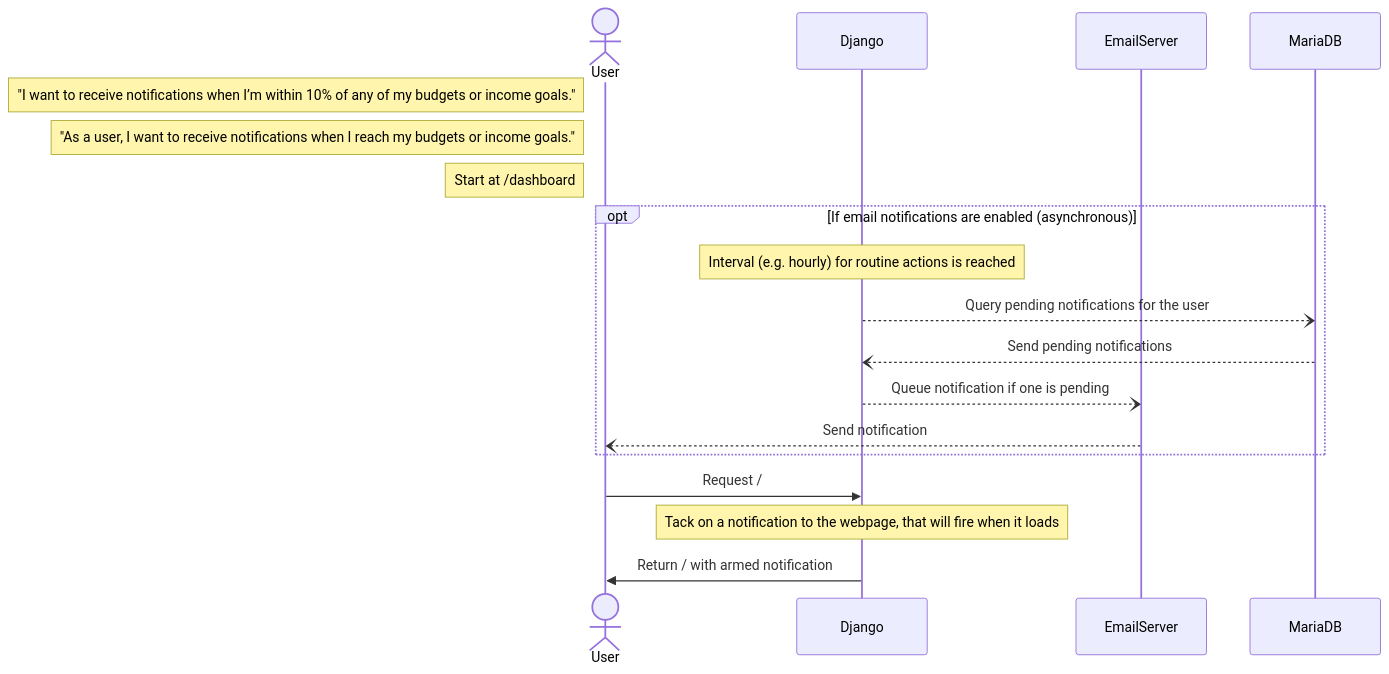
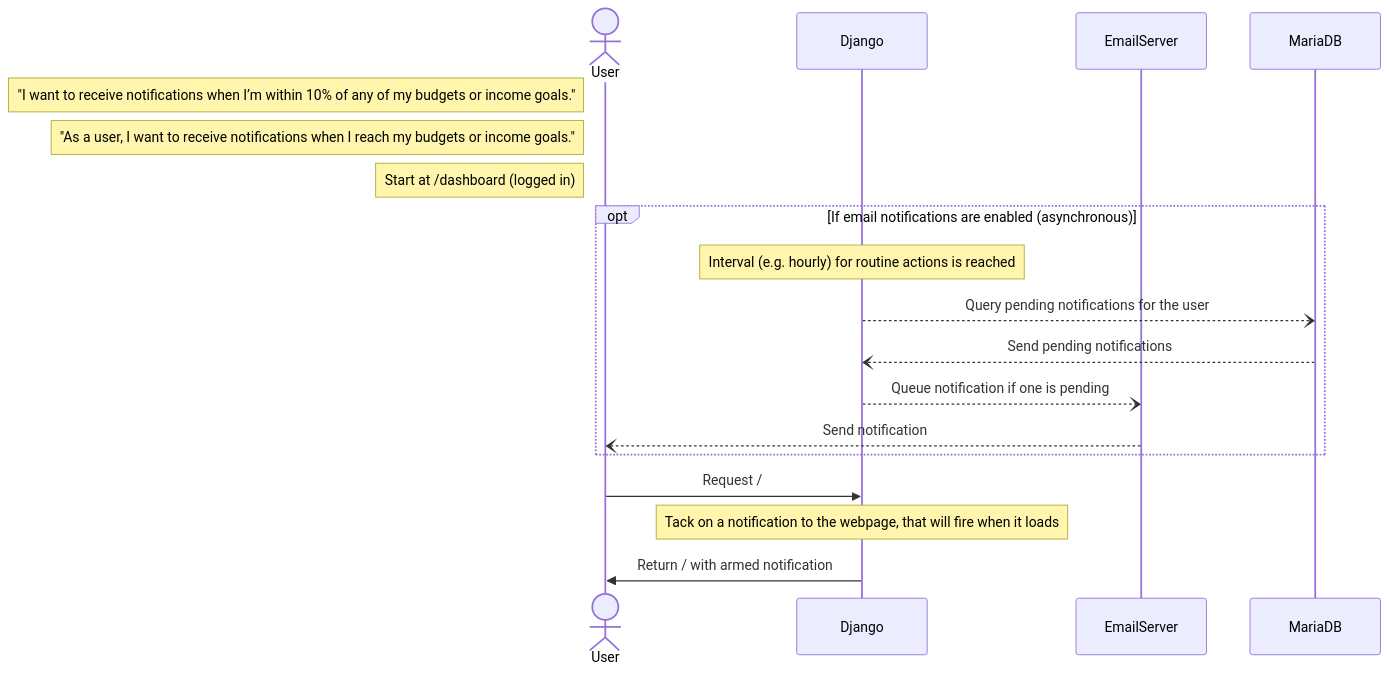
The diagram in docs/use_case_sequences/notifications.mermaid (familycrest/personal-finance-tracker), drawn with Mermaid before and after one commit. The commit also changed 1 other file, not shown here.

Commit message:
document graphs, specify logged in in notifications diagram

```diff
--- a/docs/use_case_sequences/notifications.mermaid
+++ b/docs/use_case_sequences/notifications.mermaid
@@ -1,24 +1,24 @@
 sequenceDiagram
     actor User
     participant Django
     participant EmailServer
     participant MariaDB
 
     Note left of User: "I want to receive notifications when I’m within 10% of any of my budgets or income goals."
     Note left of User: "As a user, I want to receive notifications when I reach my budgets or income goals."
-    Note left of User: Start at /dashboard
+    Note left of User: Start at /dashboard (logged in)
     
     opt If email notifications are enabled (asynchronous)
         Note over Django: Interval (e.g. hourly) for routine actions is reached
 
         Django--)MariaDB: Query pending notifications for the user
         MariaDB--)Django: Send pending notifications
         Django--)EmailServer: Queue notification if one is pending
         EmailServer--)User: Send notification
     end
     
     User->>Django: Request /
 
     Note over Django: Tack on a notification to the webpage, that will fire when it loads
 
     Django->>User: Return / with armed notification
```
